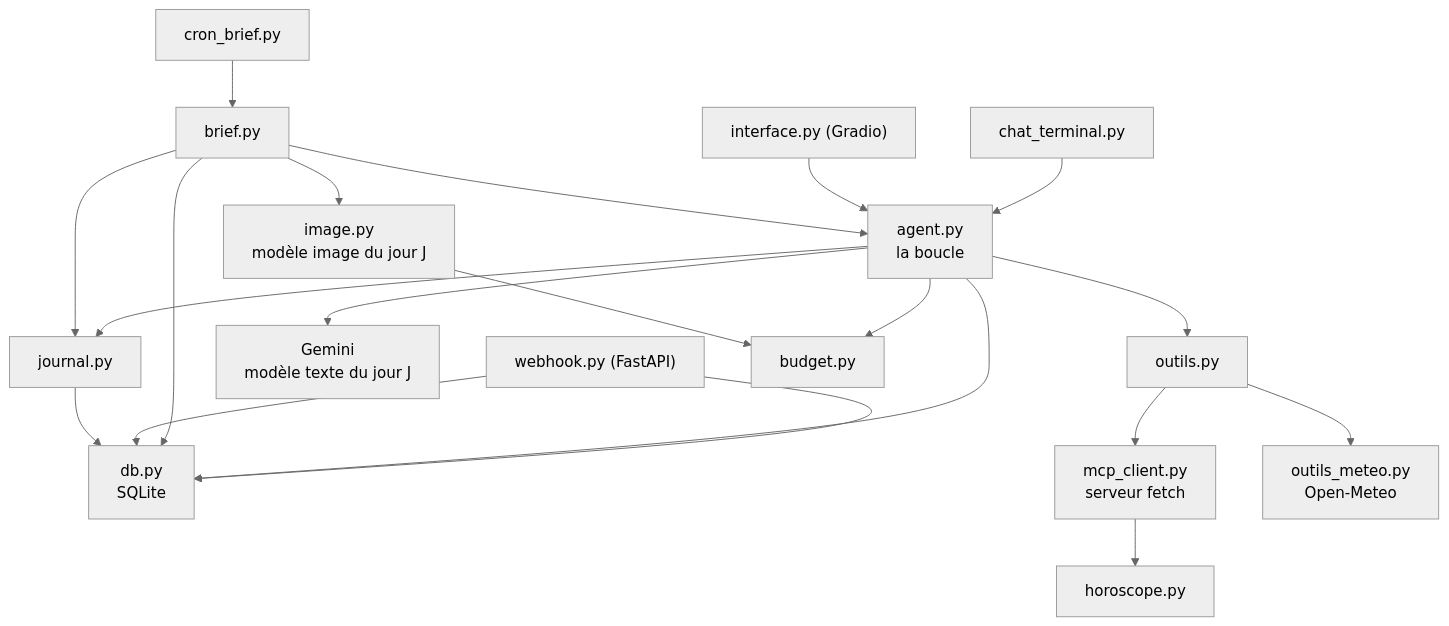
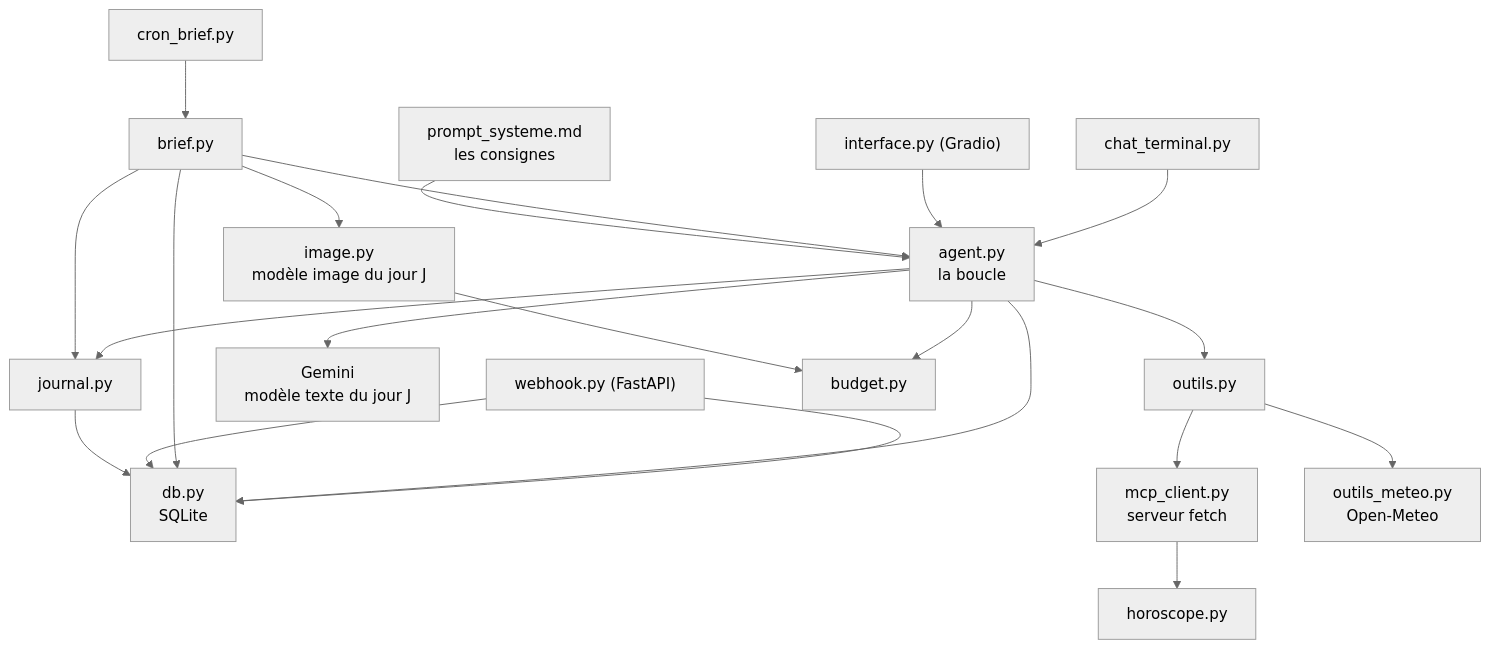
One commit to lecinquiemejour-code/goodvibe-tuto changed the tenth of 38 diagrams in tuto-goodvibe-vibecoding.md. Above: the diagram before and after it, drawn with Mermaid (neutral theme). The commit also changed other lines of this file and 1 other file, not shown here.

Commit message:
Prompt système dans un fichier Markdown, réglages du modèle, et ce qu'on envoie à chaque appel

````diff
--- a/tuto-goodvibe-vibecoding.md
+++ b/tuto-goodvibe-vibecoding.md
@@ -439,16 +471,17 @@
 ```mermaid
 flowchart TD
     CHAT["chat_terminal.py"] --> AG
     WEB["interface.py (Gradio)"] --> AG
     CRON["cron_brief.py"] --> BR["brief.py"]
     WH["webhook.py (FastAPI)"] --> DB
     BR --> AG["agent.py<br/>la boucle"]
+    PS["prompt_systeme.md<br/>les consignes"] --> AG
     AG --> OUT["outils.py"]
     AG --> GEM["Gemini<br/>modèle texte du jour J"]
     OUT --> MCP["mcp_client.py<br/>serveur fetch"] --> HOR["horoscope.py"]
     OUT --> MET["outils_meteo.py<br/>Open-Meteo"]
     BR --> IMG["image.py<br/>modèle image du jour J"]
     AG & BR & WH --> DB["db.py<br/>SQLite"]
     AG & BR --> JR["journal.py"] --> DB
     AG & IMG --> BUD["budget.py"]
 ```
````
